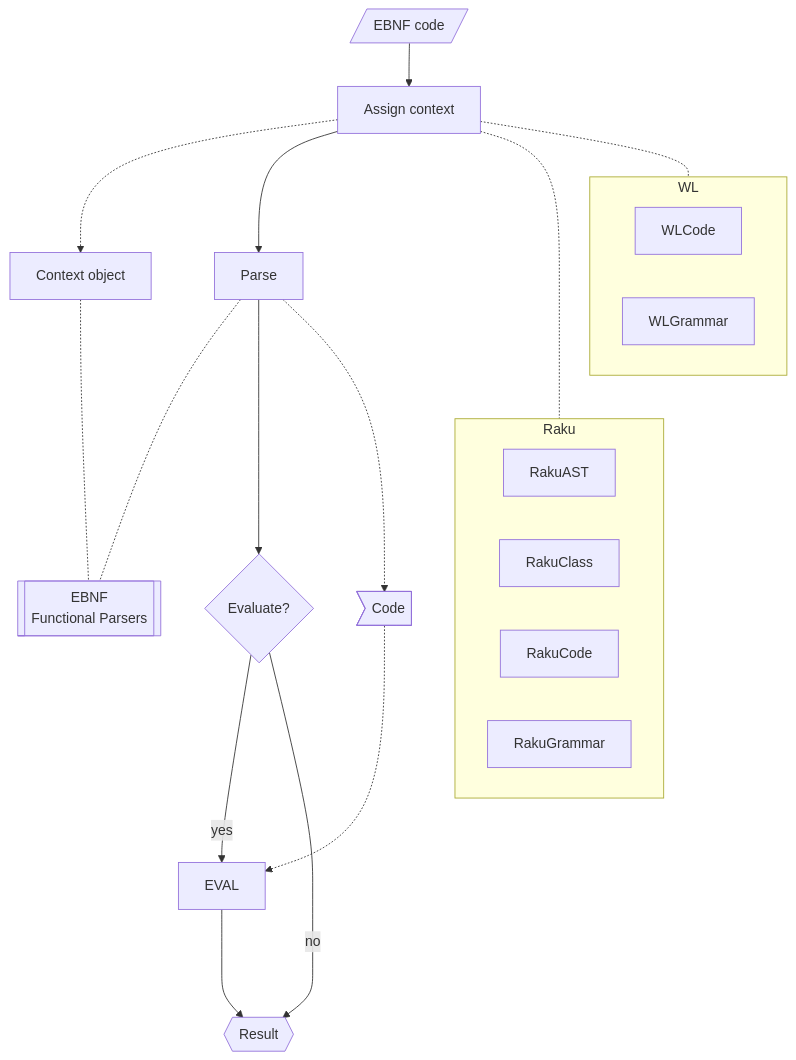
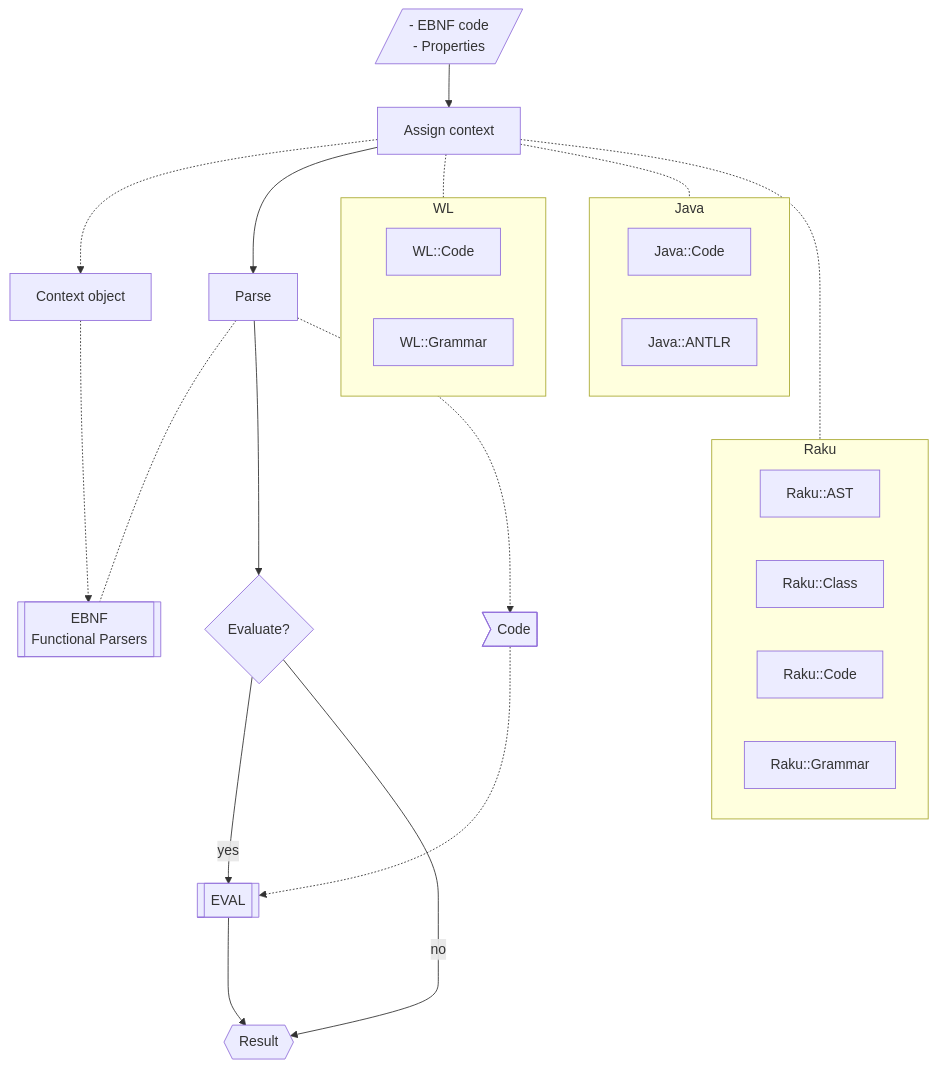
The diagram in README-work.md (antononcube/Raku-FunctionalParsers), drawn with Mermaid before and after one commit. The commit also changed 1 other file, not shown here.

Commit message:
docs:More precise and comprehensive flowchart.

````diff
--- a/README-work.md
+++ b/README-work.md
@@ -282,40 +282,48 @@
 ```mermaid
 graph TD
     FPs[[EBNF<br/>Functional Parsers]]
-    RakuAST[RakuAST]
-    RakuClass[RakuClass]
-    RakuCode[RakuCode]
-    RakuGrammar[RakuGrammar]
-    WLCode[WLCode]
-    WLGrammar[WLGrammar]
-    Input[/EBNF code/]
+    RakuAST[Raku::AST]
+    RakuClass[Raku::Class]
+    RakuCode[Raku::Code]
+    RakuGrammar[Raku::Grammar]
+    WLCode[WL::Code]
+    WLGrammar[WL::Grammar]
+    JavaCode[Java::Code]
+    JavaANTLR[Java::ANTLR]
+    Input[/- EBNF code<br/>- Properties/]
     PickTarget[Assign context]
     Parse[Parse]
     QEVAL{Evaluate?}
+    EVAL[[EVAL]] 
     Code>Code]
     Context[Context object]
     Result{{Result}}
     Input --> PickTarget
+    PickTarget -.- WL
+    PickTarget -.- Java
     PickTarget -..- Raku
-    PickTarget -.- WL
     PickTarget -.-> Context
     PickTarget --> Parse
     Parse -.- FPs
-    Context -.- FPs
+    Context -.-> FPs
     Parse --> QEVAL
     Parse -.-> Code
     QEVAL --> |yes|EVAL
     Code -.-> EVAL 
     EVAL ---> Result
     QEVAL ---> |no|Result
     subgraph Raku
         RakuAST
         RakuClass
         RakuCode
         RakuGrammar
     end    
     subgraph WL
         WLCode
         WLGrammar
     end
+    subgraph Java
+        JavaCode
+        JavaANTLR
+    end
 ```
````
